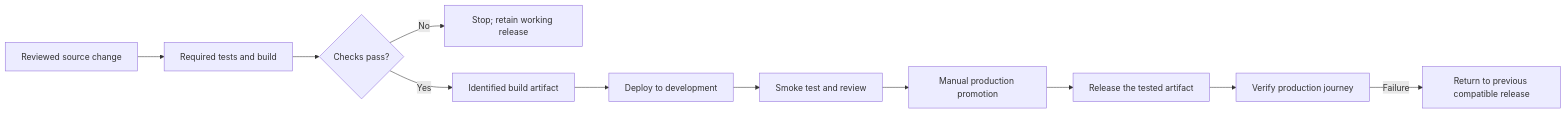
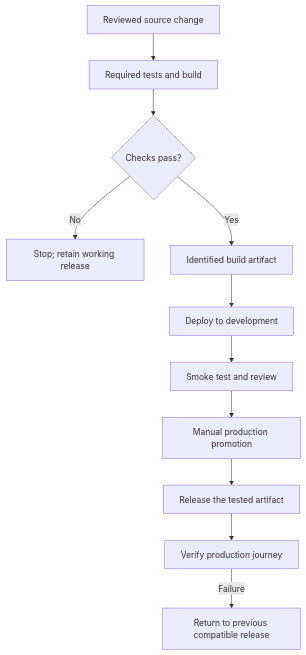
One commit to mohanoor-ai/dealer-desk changed the fourth of 5 diagrams in docs/diagrams.md. Above: the diagram before and after it, drawn with Mermaid. The commit also changed other lines of this file and 2 other files, not shown here.

Commit message:
Keep front-page diagrams readable in the repository layout

````diff
--- a/docs/diagrams.md
+++ b/docs/diagrams.md
@@ -64,13 +64,13 @@
 ```mermaid
-flowchart LR
+flowchart TB
     Change[Reviewed source change] --> Checks[Required tests and build]
     Checks --> Pass{Checks pass?}
     Pass -->|No| Stop[Stop; retain working release]
     Pass -->|Yes| Artifact[Identified build artifact]
     Artifact --> Dev[Deploy to development]
     Dev --> Smoke[Smoke test and review]
     Smoke --> Approval[Manual production promotion]
     Approval --> Prod[Release the tested artifact]
     Prod --> Verify[Verify production journey]
     Verify -->|Failure| Rollback[Return to previous compatible release]
 ```
````
